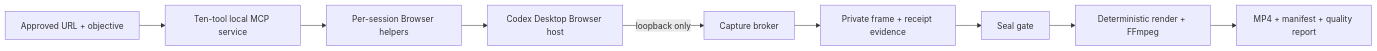
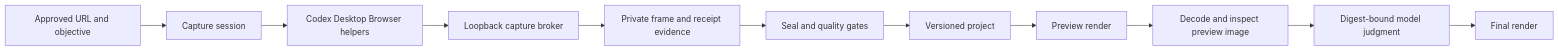
One commit to daniel-p-green/recordly-codex changed the diagram in docs/architecture.md. Above: the diagram before and after it, drawn with Mermaid. The commit also changed other lines of this file and 93 other files, not shown here.

````diff
--- a/docs/architecture.md
+++ b/docs/architecture.md
@@ -7,11 +7,13 @@
 ```mermaid
 flowchart LR
-  I["Approved URL + objective"] --> M["Ten-tool local MCP service"]
-  M --> H["Per-session Browser helpers"]
-  H --> B["Codex Desktop Browser host"]
-  B -->|"loopback only"| C["Capture broker"]
-  C --> E["Private frame + receipt evidence"]
-  E --> S["Seal gate"]
-  S --> R["Deterministic render + FFmpeg"]
-  R --> D["MP4 + manifest + quality report"]
+  A["Approved URL and objective"] --> S["Capture session"]
+  S --> B["Codex Desktop Browser helpers"]
+  B --> C["Loopback capture broker"]
+  C --> D["Private frame and receipt evidence"]
+  D --> E["Seal and quality gates"]
+  E --> P["Versioned project"]
+  P --> R["Preview render"]
+  R --> I["Decode and inspect preview image"]
+  I --> J["Digest-bound model judgment"]
+  J --> F["Final render"]
 ```
````
